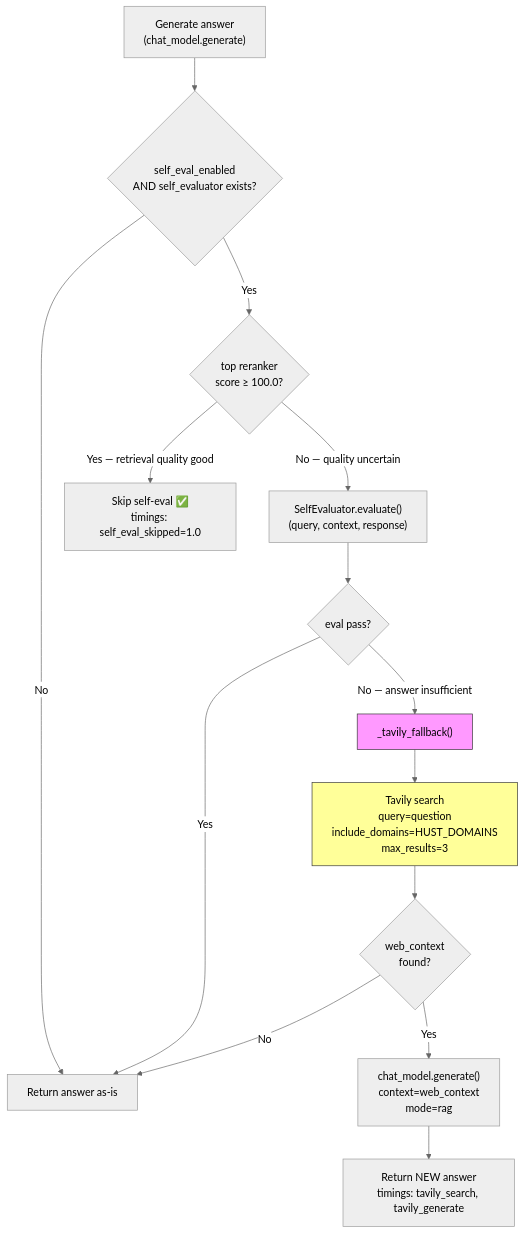
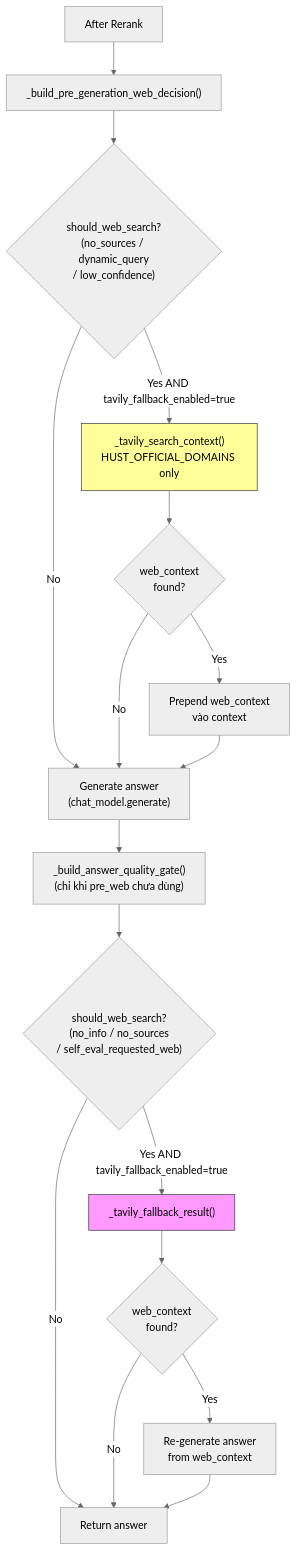
Before and after one commit to hoainam183/GR: the first of 2 diagrams in src/RAG_v2/tools/MODULE.md, drawn with Mermaid (neutral theme). The commit also changed other lines of this file and 26 other files, not shown here.

First line of the commit message:
improve tavily search: filter, config, source hierarchy

````diff
--- a/src/RAG_v2/tools/MODULE.md
+++ b/src/RAG_v2/tools/MODULE.md
@@ -137,19 +153,23 @@
 ```mermaid
 flowchart TD
-    A["Generate answer<br/>(chat_model.generate)"] --> B{"self_eval_enabled<br/>AND self_evaluator exists?"}
-    B -->|No| C["Return answer as-is"]
-    B -->|Yes| D{"top reranker<br/>score ≥ 100.0?"}
-    D -->|"Yes — retrieval quality good"| E["Skip self-eval ✅<br/>timings: self_eval_skipped=1.0"]
-    D -->|"No — quality uncertain"| F["SelfEvaluator.evaluate()<br/>(query, context, response)"]
-    F --> G{"eval pass?"}
-    G -->|Yes| C
-    G -->|"No — answer insufficient"| H["_tavily_fallback()"]
-    H --> I["Tavily search<br/>query=question<br/>include_domains=HUST_DOMAINS<br/>max_results=3"]
-    I --> J{"web_context<br/>found?"}
-    J -->|No| C
-    J -->|Yes| K["chat_model.generate()<br/>context=web_context<br/>mode=rag"]
-    K --> L["Return NEW answer<br/>timings: tavily_search, tavily_generate"]
-    
-    style H fill:#f9f,stroke:#333
-    style I fill:#ff9,stroke:#333
+    A["After Rerank"] --> B["_build_pre_generation_web_decision()"]
+    B --> C{"should_web_search?\n(no_sources / dynamic_query\n/ low_confidence)"}
+    C -->|No| D["Generate answer\n(chat_model.generate)"]
+    C -->|"Yes AND tavily_fallback_enabled=true"| E["_tavily_search_context()\nHUST_OFFICIAL_DOMAINS only"]
+    E --> F{"web_context\nfound?"}
+    F -->|No| D
+    F -->|Yes| G["Prepend web_context\nvào context"]
+    G --> D
+
+    D --> H["_build_answer_quality_gate()\n(chỉ khi pre_web chưa dùng)"]
+    H --> I{"should_web_search?\n(no_info / no_sources\n/ self_eval_requested_web)"}
+    I -->|No| J["Return answer"]
+    I -->|"Yes AND tavily_fallback_enabled=true"| K["_tavily_fallback_result()"]
+    K --> L{"web_context\nfound?"}
+    L -->|No| J
+    L -->|Yes| M["Re-generate answer\nfrom web_context"]
+    M --> J
+
+    style E fill:#ff9,stroke:#333
+    style K fill:#f9f,stroke:#333
 ```
````
